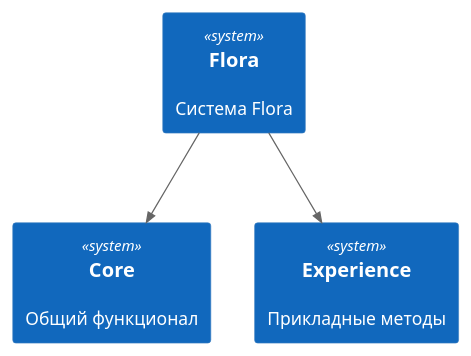
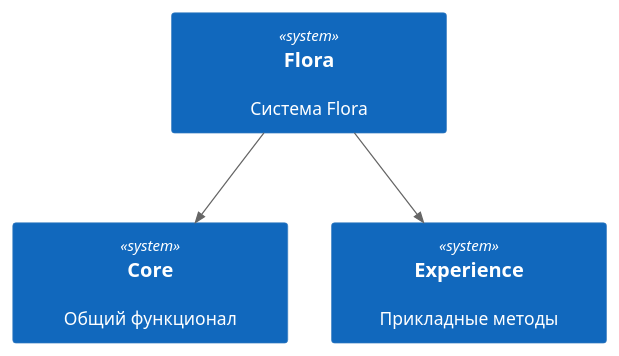
One commit to lulya31/some changed the diagram in static/05_img/flora.puml. Above: the diagram before and after it, drawn with PlantUML. The commit also changed 103 other files, not shown here.

```diff
--- a/static/05_img/flora.puml
+++ b/static/05_img/flora.puml
@@ -4,55 +4,56 @@
 @startuml
 
 '!include https://raw.githubusercontent.com/plantuml-stdlib/C4-PlantUML/master/C4_Context.puml
 
 ' uncomment the following line and comment the first to use locally
 ' !include C4_Context.puml
 
 !include static/includes/c4_context.puml
 
 'skinparam svgLinkTarget _blank
 
 skinparam backgroundcolor transparent
+skinparam minClassWidth 200
 
 LAYOUT_TOP_DOWN()
 
 'LAYOUT_AS_SKETCH()
 'LAYOUT_WITH_LEGEND()
 
 'title Сущности Flora df
 
 'Person(customer, Personal Banking Customer, "A customer of the bank, with personal bank accounts.", $link="https://github.com/plantuml-stdlib/C4-PlantUML")
 
 System(flora, "Flora", "Система Flora")
 System(core, "Core", "Общий функционал", $link="/05_c4/01_core/")
 System(experience, "Experience", "Прикладные методы", $link="/05_c4/02_experience/")
 
 'Enterprise_Boundary(c0, "Big Bank plc") {
 'System(banking_system, "Internet Banking System", "Allows customers to view information about their bank accounts, and make payments.")
 
 'System_Ext(atm, "ATM", "Allows customers to withdraw cash.")
 'System_Ext(mail_system, "E-mail system", "The internal Microsoft Exchange e-mail system.")
 
 'System_Ext(mainframe, "Mainframe Banking System", "Stores all of the core banking information about customers, accounts, transactions, etc.")
 
 'Person_Ext(customer_service, "Customer Service Staff", "Customer service staff within the bank.")
 'Person_Ext(back_office, "Back Office Staff", "Administration and support staff within the bank.")
 '}
 
 'Rel_Neighbor(customer, banking_system, "Uses")
 'Rel_R(customer, atm, "Withdraws cash using")
 'Rel_Back(customer, mail_system, "Sends e-mails to")
 'Rel_R(customer, customer_service, "Asks questions to", "Telephone")
 'Rel_D(banking_system, mail_system, "Sends e-mail using")
 'Rel_R(atm, mainframe, "Uses")
 'Rel_R(banking_system, mainframe, "Uses")
 'Rel_D(customer_service, mainframe, "Uses")
 'Rel_U(back_office, mainframe, "Uses")
 
 Rel_D(flora, core, "")
 Rel_D(flora, experience, "")
 
 'Lay_D(atm, banking_system)
 'Lay_D(atm, customer)
 'Lay_U(mail_system, customer)
 @enduml
```
